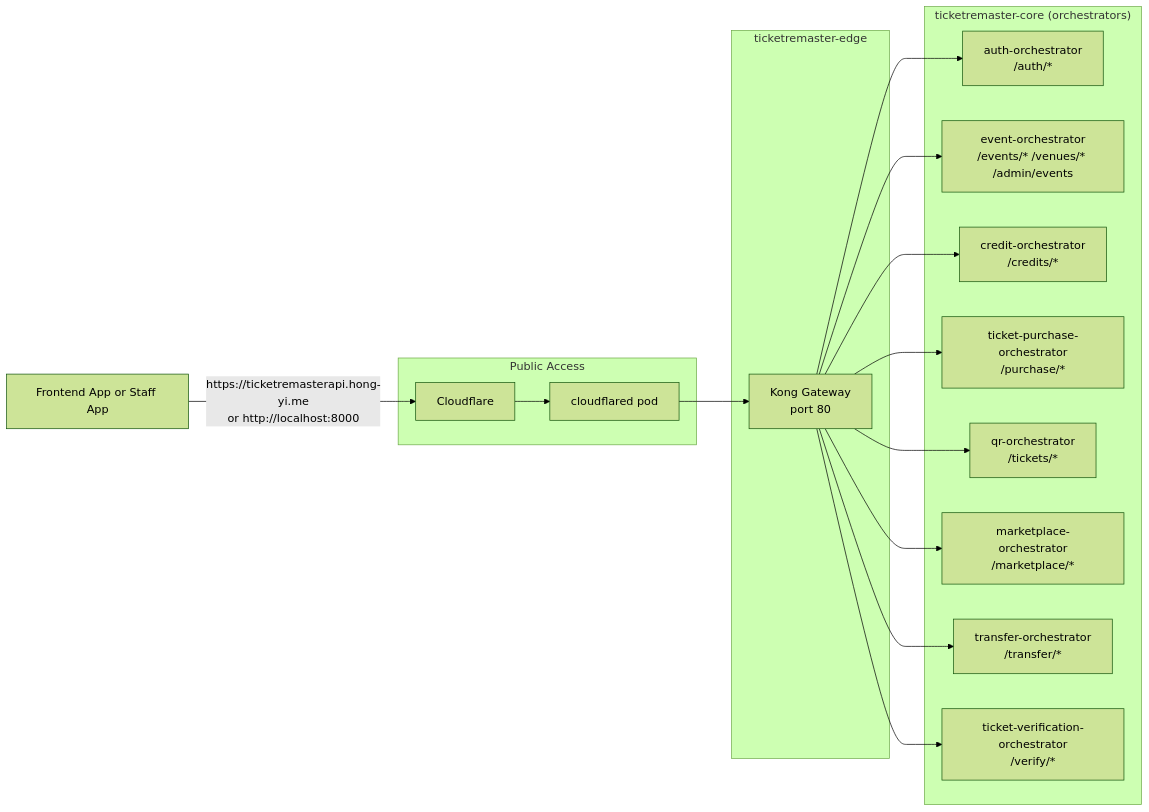
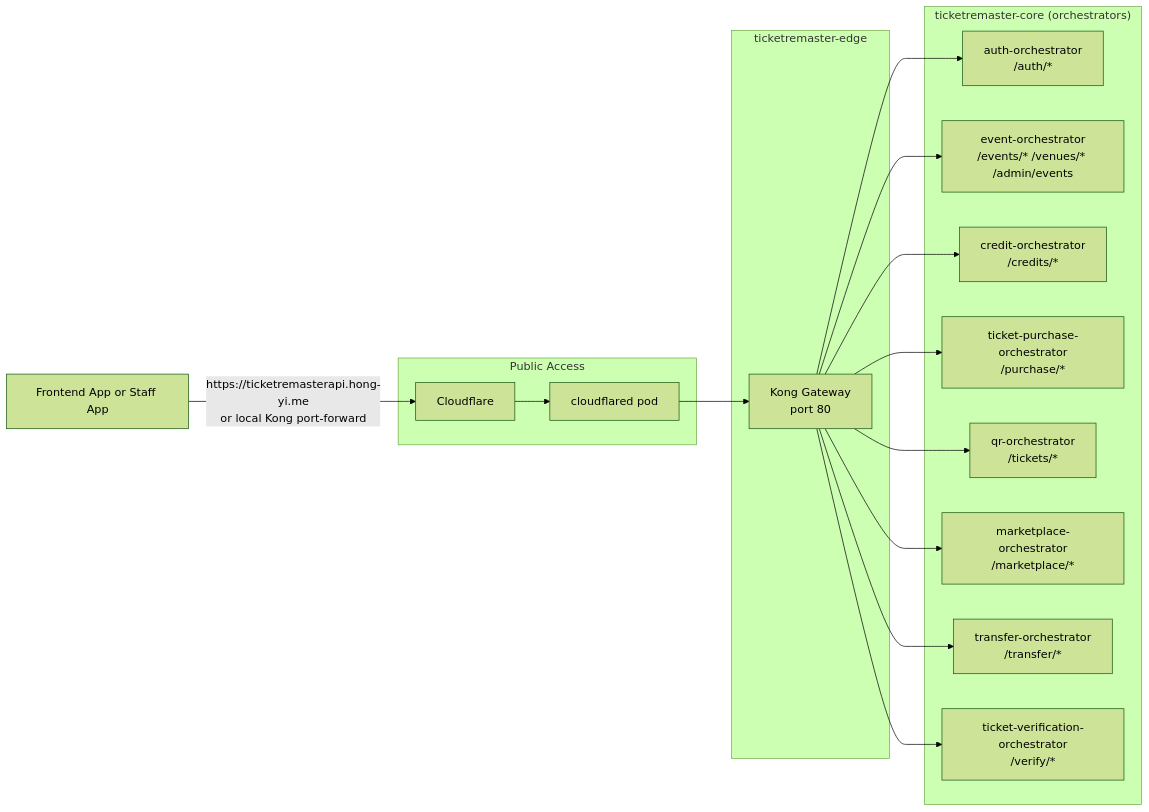
One commit to bryanseah234/ticketremaster-b changed the diagram in diagrams/frontend_gateway_flow.mmd. Above: the diagram before and after it, drawn with Mermaid (forest theme). The commit also changed 50 other files, not shown here.

```diff
--- a/diagrams/frontend_gateway_flow.mmd
+++ b/diagrams/frontend_gateway_flow.mmd
@@ -1,34 +1,34 @@
 flowchart LR
     FE[Frontend App or Staff App]
 
     subgraph Public["Public Access"]
         CF[Cloudflare]
         Tunnel[cloudflared pod]
     end
 
     subgraph Edge["ticketremaster-edge"]
         Kong[Kong Gateway\nport 80]
     end
 
     subgraph Core["ticketremaster-core (orchestrators)"]
         Auth[auth-orchestrator\n/auth/*]
         Event[event-orchestrator\n/events/* /venues/* /admin/events]
         Credit[credit-orchestrator\n/credits/*]
         Purchase[ticket-purchase-orchestrator\n/purchase/*]
         QR[qr-orchestrator\n/tickets/*]
         Market[marketplace-orchestrator\n/marketplace/*]
         Transfer[transfer-orchestrator\n/transfer/*]
         Verify[ticket-verification-orchestrator\n/verify/*]
     end
 
-    FE -->|"https://ticketremasterapi.hong-yi.me\nor http://localhost:8000"| CF
+    FE -->|"https://ticketremasterapi.hong-yi.me\nor local Kong port-forward"| CF
     CF --> Tunnel
     Tunnel --> Kong
     Kong --> Auth
     Kong --> Event
     Kong --> Credit
     Kong --> Purchase
     Kong --> QR
     Kong --> Market
     Kong --> Transfer
     Kong --> Verify
```
